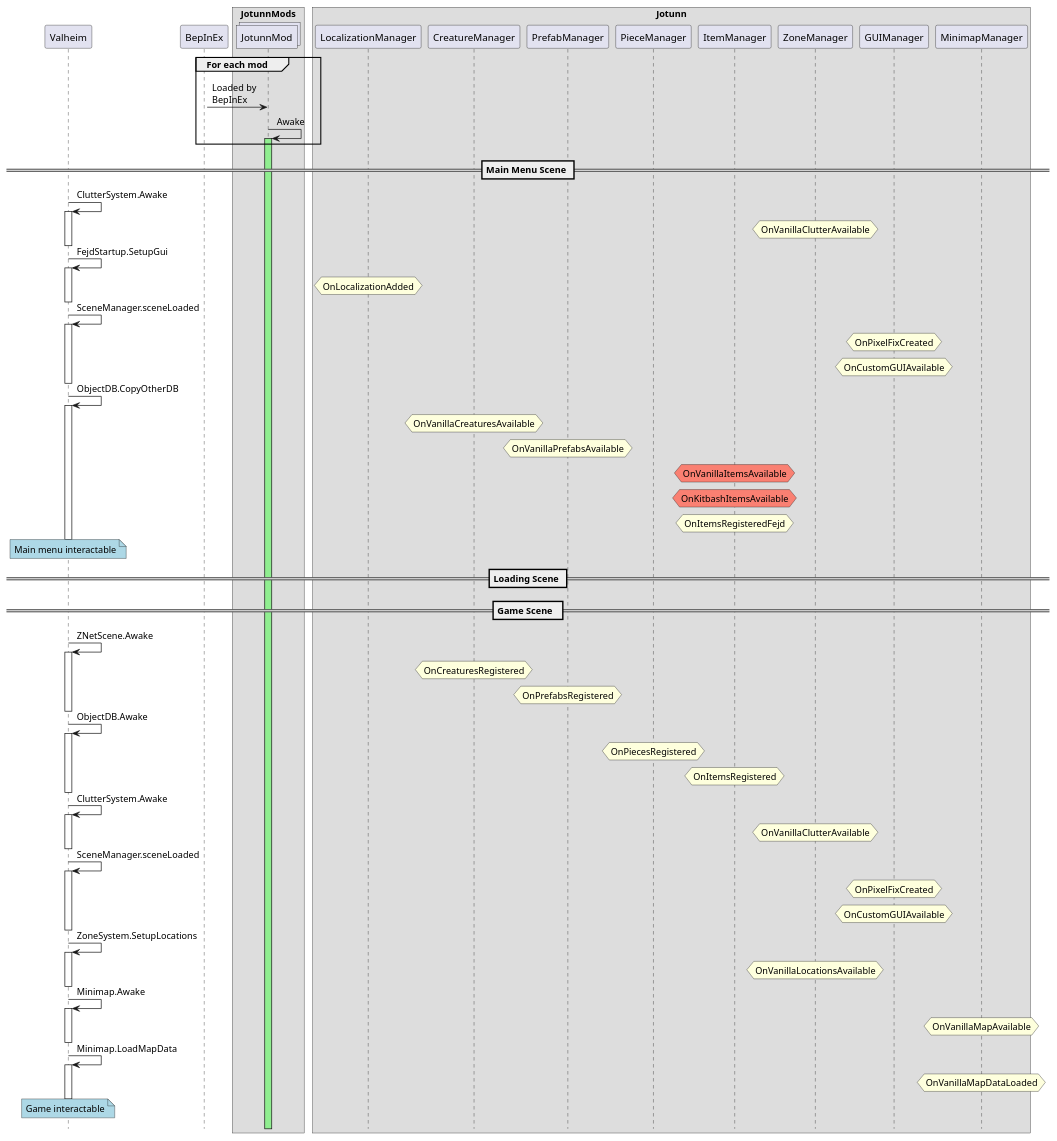
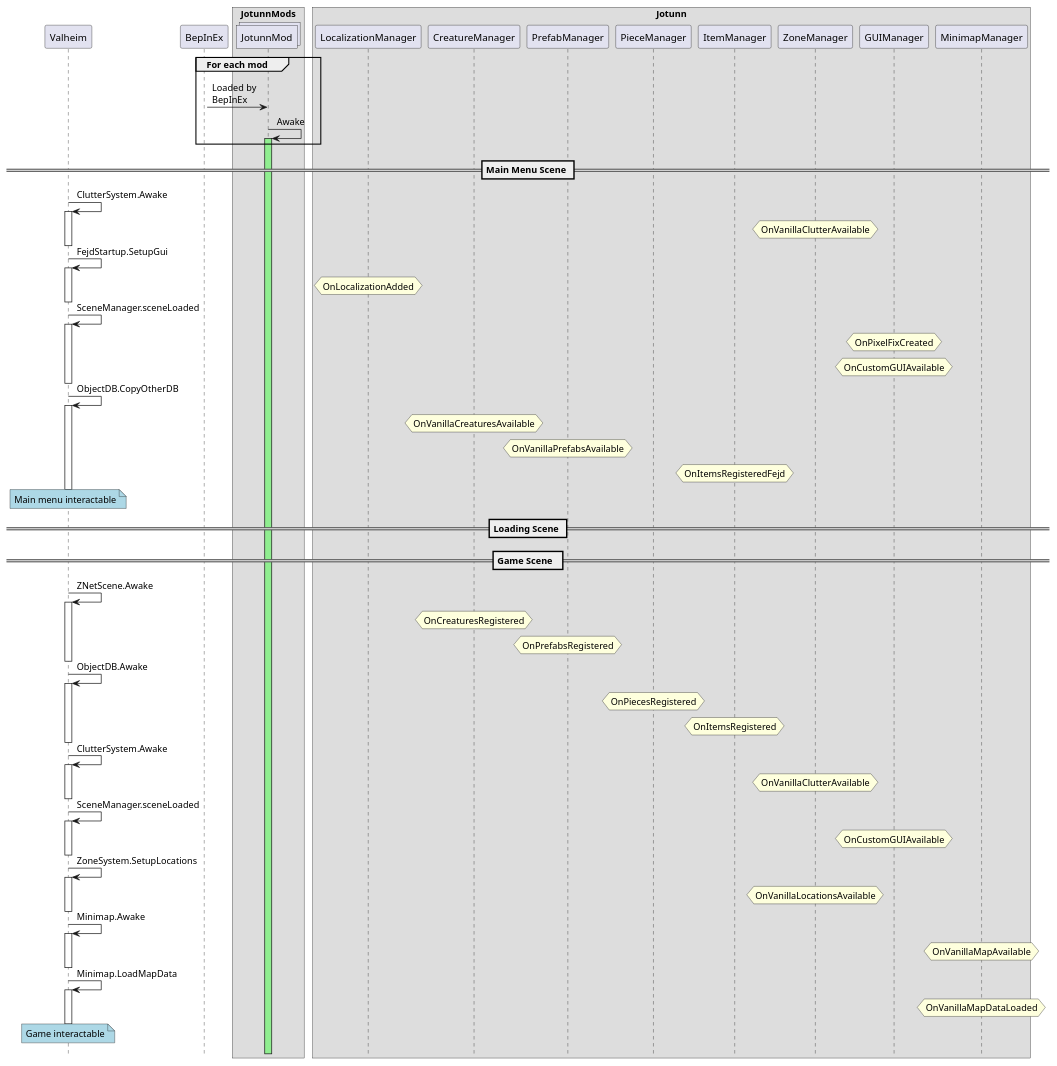
One commit to Valheim-Modding/Jotunn changed the diagram in JotunnLib/Documentation/flow.puml. Above: the diagram before and after it, drawn with PlantUML. The commit also changed 4 other files, not shown here.

Commit message:
docs: removed obsolete events in flow diagram

```diff
--- a/JotunnLib/Documentation/flow.puml
+++ b/JotunnLib/Documentation/flow.puml
@@ -1,90 +1,87 @@
 @startuml
 '' flow
 !pragma teoz true
 hide footbox
 
 participant Valheim
 participant BepInEx
 
 box JotunnMods
     collections JotunnMod
 end box
 
 box Jotunn
     participant LocalizationManager
     participant CreatureManager
     participant PrefabManager
     participant PieceManager
     participant ItemManager
     participant ZoneManager
     participant GUIManager
     participant MinimapManager
 end box
 
 group For each mod
     ?->JotunnMod **: Loaded by\nBepInEx
     JotunnMod -> JotunnMod ++ #lightgreen: Awake
 end group
 
 == Main Menu Scene ==
 
 Valheim -> Valheim++: ClutterSystem.Awake
     hnote over ZoneManager: OnVanillaClutterAvailable
 deactivate Valheim
 
 Valheim -> Valheim++: FejdStartup.SetupGui
     hnote over LocalizationManager: OnLocalizationAdded
 deactivate Valheim
 
 Valheim -> Valheim++: SceneManager.sceneLoaded
     hnote over GUIManager: OnPixelFixCreated
     hnote over GUIManager: OnCustomGUIAvailable
 deactivate Valheim
 
 Valheim -> Valheim++: ObjectDB.CopyOtherDB
     hnote over CreatureManager : OnVanillaCreaturesAvailable
     hnote over PrefabManager: OnVanillaPrefabsAvailable 
-    hnote over ItemManager #salmon: OnVanillaItemsAvailable  
-    hnote over ItemManager #salmon: OnKitbashItemsAvailable
     hnote over ItemManager: OnItemsRegisteredFejd
 deactivate Valheim
 
 note over Valheim #lightblue: Main menu interactable
 
 == Loading Scene ==
 == Game Scene  ==
 
 Valheim -> Valheim ++: ZNetScene.Awake
     hnote over CreatureManager: OnCreaturesRegistered
     hnote over PrefabManager: OnPrefabsRegistered
 deactivate Valheim
 
 Valheim -> Valheim++ : ObjectDB.Awake
     hnote over PieceManager: OnPiecesRegistered
     hnote over ItemManager: OnItemsRegistered
 deactivate Valheim 
 
 Valheim -> Valheim++: ClutterSystem.Awake
     hnote over ZoneManager: OnVanillaClutterAvailable
 deactivate Valheim
 
 Valheim -> Valheim++: SceneManager.sceneLoaded
-    hnote over GUIManager: OnPixelFixCreated
     hnote over GUIManager: OnCustomGUIAvailable
 deactivate Valheim
 
 Valheim -> Valheim ++: ZoneSystem.SetupLocations
     hnote over ZoneManager: OnVanillaLocationsAvailable
 deactivate Valheim
 
 Valheim -> Valheim ++: Minimap.Awake
     hnote over MinimapManager: OnVanillaMapAvailable
 deactivate Valheim
 
 Valheim -> Valheim ++: Minimap.LoadMapData
     hnote over MinimapManager: OnVanillaMapDataLoaded
 deactivate Valheim
  
 note over Valheim #lightblue: Game interactable
  
 @enduml
```
